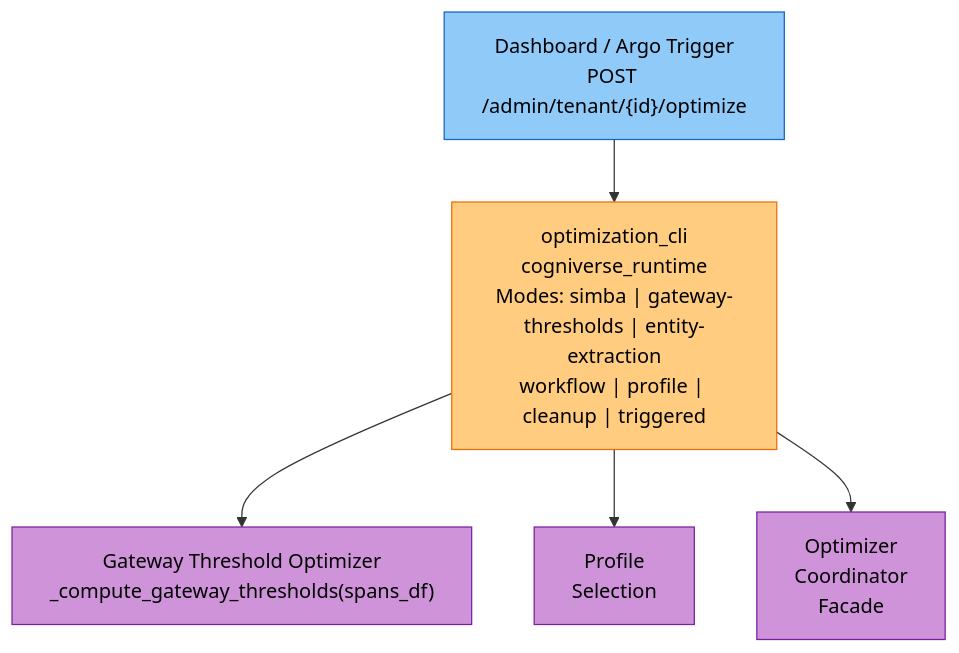
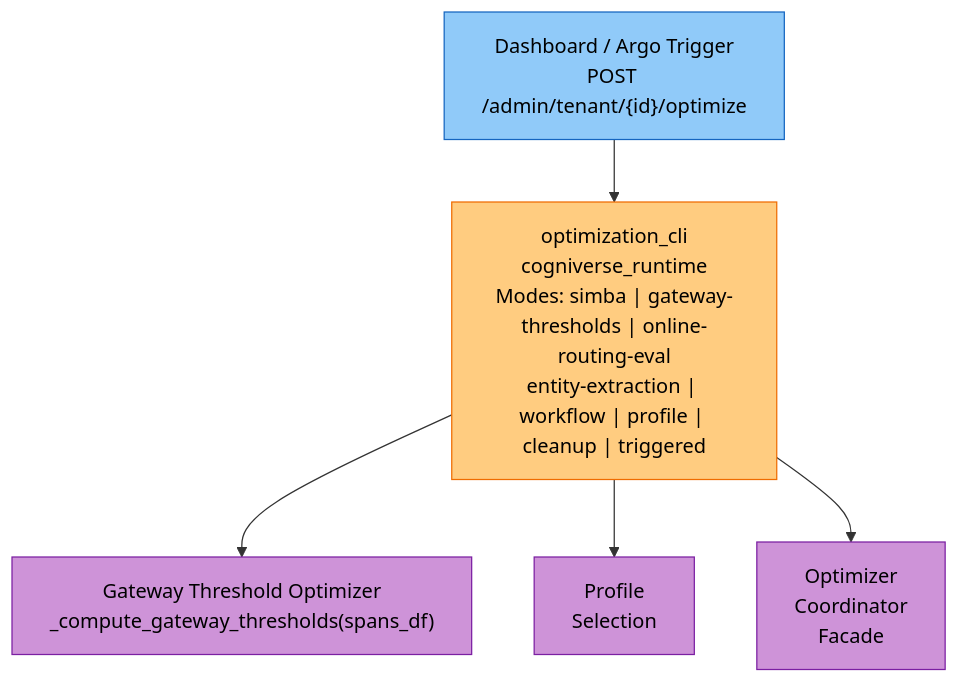
Before and after one commit to amit-jain/cogniverse: the first of 4 diagrams in docs/modules/optimization.md, drawn with Mermaid. The commit also changed other lines of this file and 3 other files, not shown here.

Commit message:
Wire online routing evaluation into optimization CLI

````diff
--- a/docs/modules/optimization.md
+++ b/docs/modules/optimization.md
@@ -83,16 +85,16 @@
 ```mermaid
 flowchart TB
     Dashboard["<span style='color:#000'>Dashboard / Argo Trigger<br/>POST /admin/tenant/{id}/optimize</span>"]
 
-    Dashboard --> OptCLI["<span style='color:#000'>optimization_cli<br/>cogniverse_runtime<br/>Modes: simba | gateway-thresholds | entity-extraction<br/>workflow | profile | cleanup | triggered</span>"]
+    Dashboard --> OptCLI["<span style='color:#000'>optimization_cli<br/>cogniverse_runtime<br/>Modes: simba | gateway-thresholds | online-routing-eval<br/>entity-extraction | workflow | profile | cleanup | triggered</span>"]
 
     OptCLI --> GatewayOpt["<span style='color:#000'>Gateway Threshold Optimizer<br/>_compute_gateway_thresholds(spans_df)</span>"]
     OptCLI --> Profile["<span style='color:#000'>Profile<br/>Selection</span>"]
     OptCLI --> Coordinator["<span style='color:#000'>Optimizer<br/>Coordinator<br/>Facade</span>"]
 
     style Dashboard fill:#90caf9,stroke:#1565c0,color:#000
     style OptCLI fill:#ffcc80,stroke:#ef6c00,color:#000
     style GatewayOpt fill:#ce93d8,stroke:#7b1fa2,color:#000
     style Profile fill:#ce93d8,stroke:#7b1fa2,color:#000
     style Coordinator fill:#ce93d8,stroke:#7b1fa2,color:#000
 ```
````
